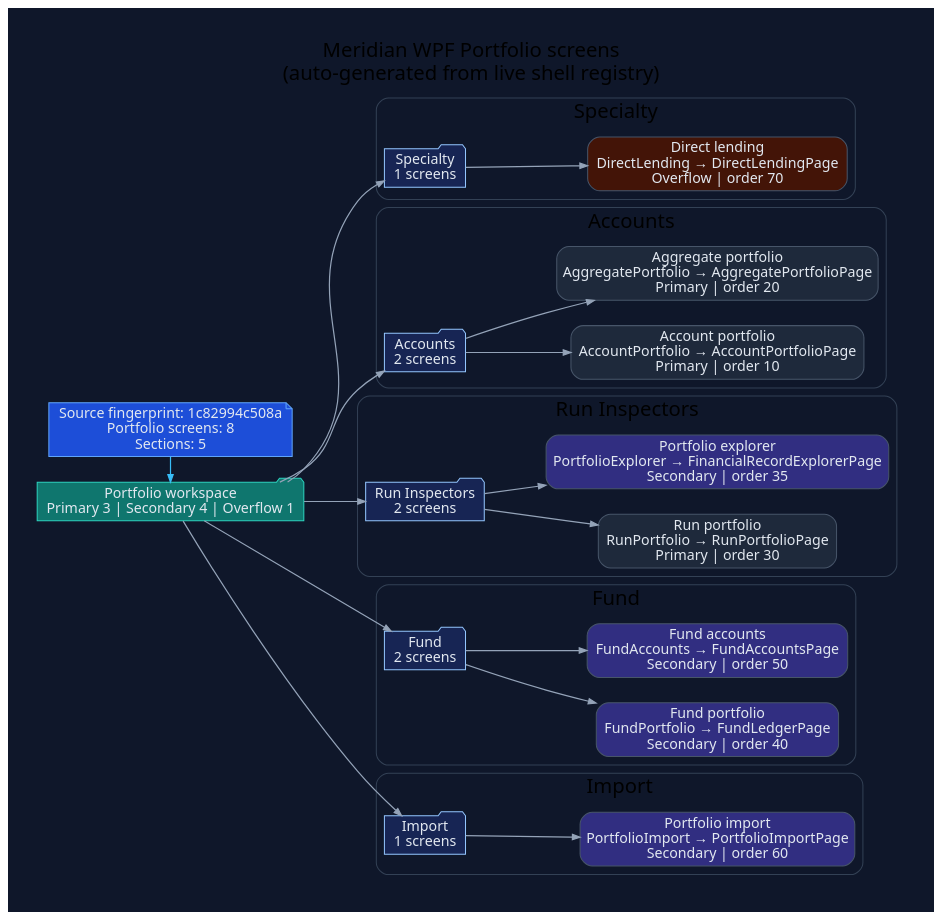
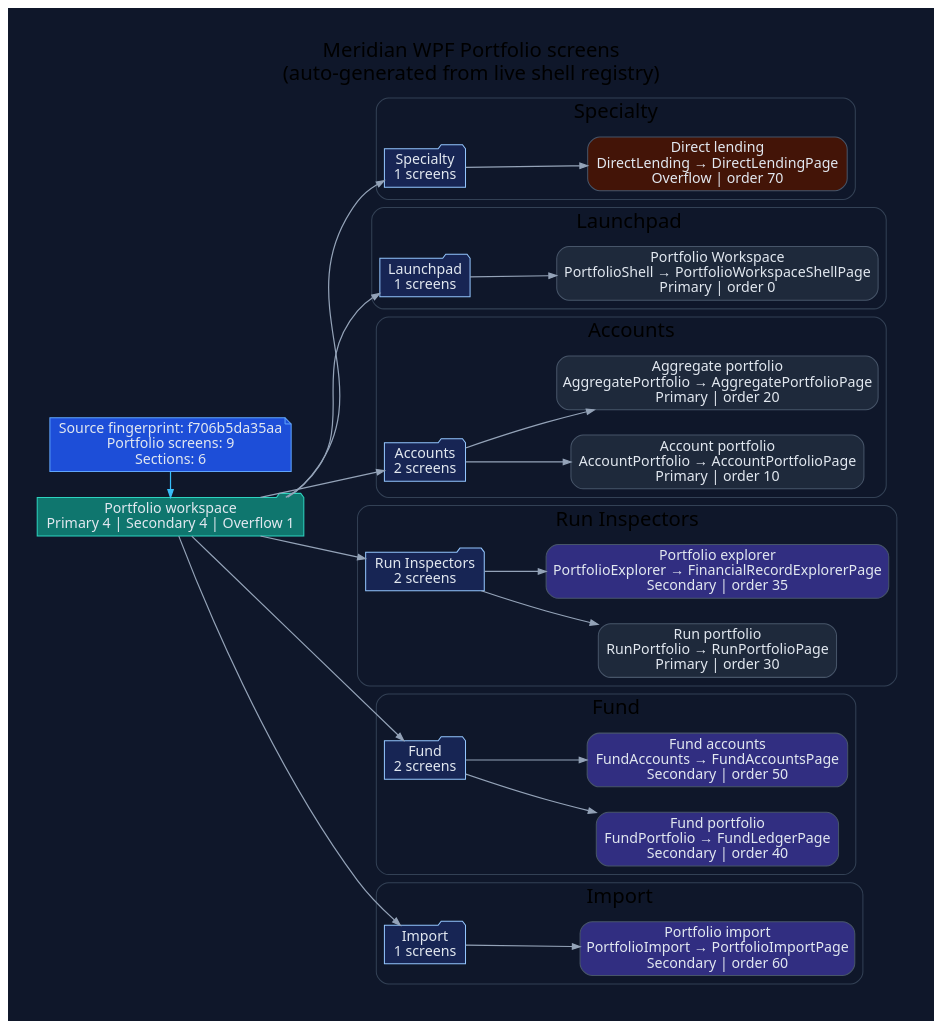
One commit to rodoHasArrived/Meridian-main changed the diagram in docs/diagrams/ui-wpf-screens-portfolio.dot. Above: the diagram before and after it, drawn with Graphviz. The commit also changed 31 other files, not shown here.

First line of the commit message:
WPF: keep page registration subtitles as literals so the screen diagrams parse; regenerate diagrams

```diff
--- a/docs/diagrams/ui-wpf-screens-portfolio.dot
+++ b/docs/diagrams/ui-wpf-screens-portfolio.dot
@@ -1,82 +1,92 @@
 // -----------------------------------------------------------------------------
 // <auto-generated>
 // Generated by scripts/generate-diagrams.mjs.
 // Do not edit this file directly; update the WPF source files instead.
 // -----------------------------------------------------------------------------
 digraph WpfPortfolioScreens {
   graph [
     rankdir=LR,
     labelloc=t,
     label="Meridian WPF Portfolio screens\n(auto-generated from live shell registry)",
     fontname="Segoe UI",
     fontsize=20,
     pad=0.4,
     nodesep=0.35,
     ranksep=0.85,
     bgcolor="#0f172a"
   ];
   node [fontname="Segoe UI", shape=box, style="rounded,filled", color="#475569", fontcolor="#e2e8f0", fillcolor="#1e293b"];
   edge [fontname="Segoe UI", color="#94a3b8", penwidth=1.2, arrowsize=0.75];
 
-  generated [shape=note, fillcolor="#1d4ed8", color="#60a5fa", label="Source fingerprint: 1c82994c508a\nPortfolio screens: 8\nSections: 5"];
-  workspace [shape=folder, fillcolor="#0f766e", color="#2dd4bf", label="Portfolio workspace\nPrimary 3 | Secondary 4 | Overflow 1"];
+  generated [shape=note, fillcolor="#1d4ed8", color="#60a5fa", label="Source fingerprint: f706b5da35aa\nPortfolio screens: 9\nSections: 6"];
+  workspace [shape=folder, fillcolor="#0f766e", color="#2dd4bf", label="Portfolio workspace\nPrimary 4 | Secondary 4 | Overflow 1"];
   generated -> workspace [color="#38bdf8"];
 
   subgraph cluster_section_1 {
     label="Specialty";
     color="#334155";
     style="rounded";
     section_1 [shape=folder, fillcolor="#172554", color="#93c5fd", label="Specialty\n1 screens"];
     workspace -> section_1;
     screen_DirectLending [fillcolor="#431407", label="Direct lending\nDirectLending → DirectLendingPage\nOverflow | order 70"];
     section_1 -> screen_DirectLending;
   }
 
   subgraph cluster_section_2 {
+    label="Launchpad";
+    color="#334155";
+    style="rounded";
+    section_2 [shape=folder, fillcolor="#172554", color="#93c5fd", label="Launchpad\n1 screens"];
+    workspace -> section_2;
+    screen_PortfolioShell [fillcolor="#1e293b", label="Portfolio Workspace\nPortfolioShell → PortfolioWorkspaceShellPage\nPrimary | order 0"];
+    section_2 -> screen_PortfolioShell;
+  }
+
+  subgraph cluster_section_3 {
     label="Accounts";
     color="#334155";
     style="rounded";
-    section_2 [shape=folder, fillcolor="#172554", color="#93c5fd", label="Accounts\n2 screens"];
-    workspace -> section_2;
+    section_3 [shape=folder, fillcolor="#172554", color="#93c5fd", label="Accounts\n2 screens"];
+    workspace -> section_3;
     screen_AccountPortfolio [fillcolor="#1e293b", label="Account portfolio\nAccountPortfolio → AccountPortfolioPage\nPrimary | order 10"];
-    section_2 -> screen_AccountPortfolio;
+    section_3 -> screen_AccountPortfolio;
     screen_AggregatePortfolio [fillcolor="#1e293b", label="Aggregate portfolio\nAggregatePortfolio → AggregatePortfolioPage\nPrimary | order 20"];
-    section_2 -> screen_AggregatePortfolio;
+    section_3 -> screen_AggregatePortfolio;
   }
 
-  subgraph cluster_section_3 {
+  subgraph cluster_section_4 {
     label="Run Inspectors";
     color="#334155";
     style="rounded";
-    section_3 [shape=folder, fillcolor="#172554", color="#93c5fd", label="Run Inspectors\n2 screens"];
-    workspace -> section_3;
+    section_4 [shape=folder, fillcolor="#172554", color="#93c5fd", label="Run Inspectors\n2 screens"];
+    workspace -> section_4;
     screen_RunPortfolio [fillcolor="#1e293b", label="Run portfolio\nRunPortfolio → RunPortfolioPage\nPrimary | order 30"];
-    section_3 -> screen_RunPortfolio;
+    section_4 -> screen_RunPortfolio;
     screen_PortfolioExplorer [fillcolor="#312e81", label="Portfolio explorer\nPortfolioExplorer → FinancialRecordExplorerPage\nSecondary | order 35"];
-    section_3 -> screen_PortfolioExplorer;
+    section_4 -> screen_PortfolioExplorer;
   }
 
-  subgraph cluster_section_4 {
+  subgraph cluster_section_5 {
     label="Fund";
     color="#334155";
     style="rounded";
-    section_4 [shape=folder, fillcolor="#172554", color="#93c5fd", label="Fund\n2 screens"];
-    workspace -> section_4;
+    section_5 [shape=folder, fillcolor="#172554", color="#93c5fd", label="Fund\n2 screens"];
+    workspace -> section_5;
     screen_FundPortfolio [fillcolor="#312e81", label="Fund portfolio\nFundPortfolio → FundLedgerPage\nSecondary | order 40"];
-    section_4 -> screen_FundPortfolio;
+    section_5 -> screen_FundPortfolio;
     screen_FundAccounts [fillcolor="#312e81", label="Fund accounts\nFundAccounts → FundAccountsPage\nSecondary | order 50"];
-    section_4 -> screen_FundAccounts;
+    section_5 -> screen_FundAccounts;
   }
 
-  subgraph cluster_section_5 {
+  subgraph cluster_section_6 {
     label="Import";
     color="#334155";
     style="rounded";
-    section_5 [shape=folder, fillcolor="#172554", color="#93c5fd", label="Import\n1 screens"];
-    workspace -> section_5;
+    section_6 [shape=folder, fillcolor="#172554", color="#93c5fd", label="Import\n1 screens"];
+    workspace -> section_6;
     screen_PortfolioImport [fillcolor="#312e81", label="Portfolio import\nPortfolioImport → PortfolioImportPage\nSecondary | order 60"];
-    section_5 -> screen_PortfolioImport;
+    section_6 -> screen_PortfolioImport;
   }
 
   { rank=min; generated; workspace; }
 }
```
